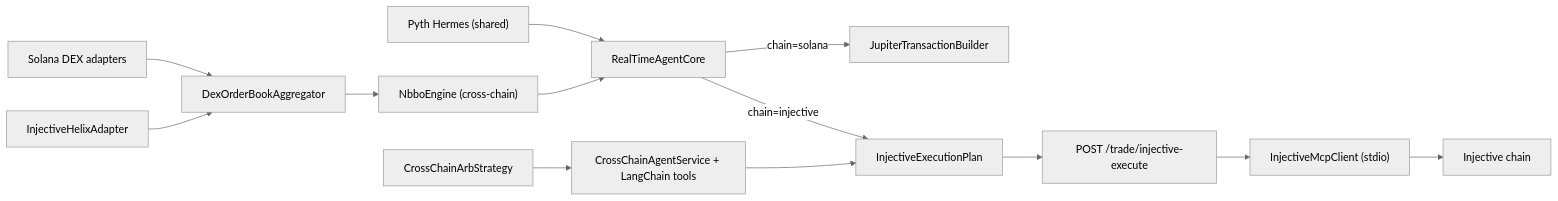
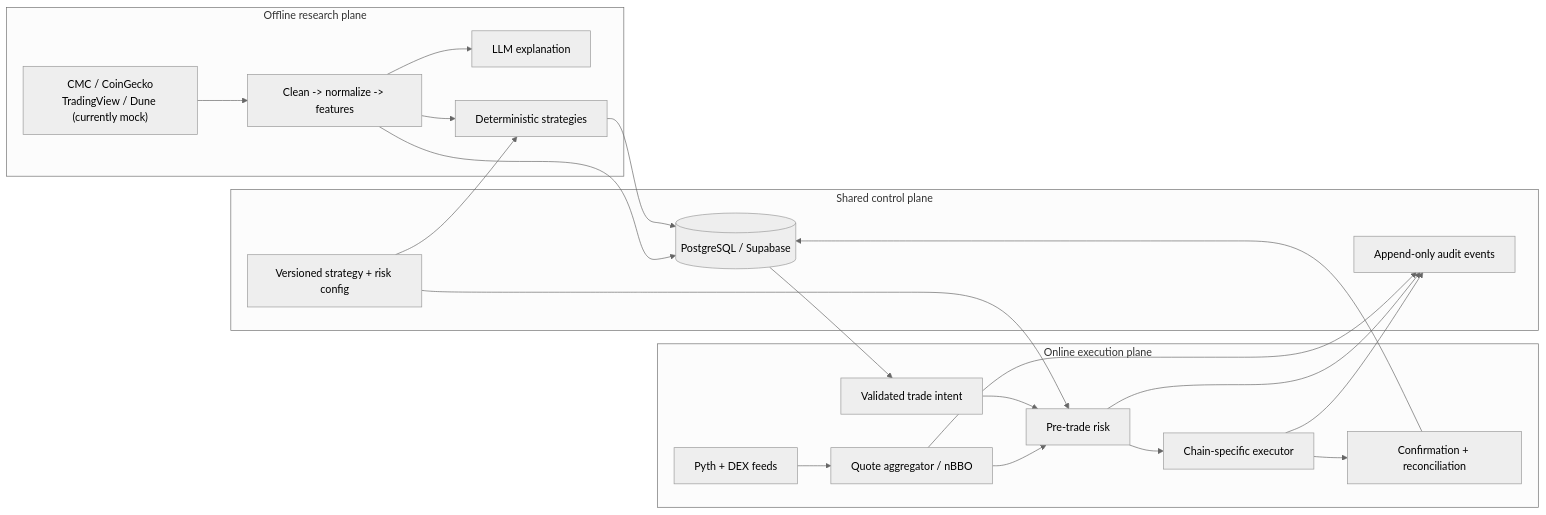
Before and after one commit to iis-MarkKuang/sol_trade_agents: the diagram in docs/ARCHITECTURE.md, drawn with Mermaid (neutral theme). The commit also changed other lines of this file and 11 other files, not shown here.

Commit message:
refactor: clarify architecture and remove duplicate runtime

````diff
--- a/docs/ARCHITECTURE.md
+++ b/docs/ARCHITECTURE.md
@@ -535,15 +49,39 @@
 ```mermaid
 flowchart LR
-    Pyth["Pyth Hermes (shared)"] --> Core["RealTimeAgentCore"]
-    SolAdapters["Solana DEX adapters"] --> Agg["DexOrderBookAggregator"]
-    InjAdapter["InjectiveHelixAdapter"] --> Agg
-    Agg --> NBBO["NbboEngine (cross-chain)"]
-    NBBO --> Core
-    Core -->|"chain=solana"| Jupiter["JupiterTransactionBuilder"]
-    Core -->|"chain=injective"| Plan["InjectiveExecutionPlan"]
-    Plan --> Exec["POST /trade/injective-execute"]
-    Exec --> MCP["InjectiveMcpClient (stdio)"]
-    MCP --> InjChain["Injective chain"]
-    Arb["CrossChainArbStrategy"] --> Agent["CrossChainAgentService + LangChain tools"]
-    Agent --> Plan
+  subgraph Research["Offline research plane"]
+    Sources["CMC / CoinGecko\nTradingView / Dune (currently mock)"]
+    Pipeline["Clean -> normalize -> features"]
+    Analysis["LLM explanation"]
+    Strategy["Deterministic strategies"]
+    Sources --> Pipeline --> Analysis
+    Pipeline --> Strategy
+  end
+
+  subgraph Control["Shared control plane"]
+    Config["Versioned strategy + risk config"]
+    DB[("PostgreSQL / Supabase")]
+    Audit["Append-only audit events"]
+  end
+
+  subgraph Execution["Online execution plane"]
+    Feeds["Pyth + DEX feeds"]
+    Signal["Validated trade intent"]
+    Quote["Quote aggregator / nBBO"]
+    Risk["Pre-trade risk"]
+    Executor["Chain-specific executor"]
+    Reconciler["Confirmation + reconciliation"]
+    Feeds --> Quote
+    Signal --> Risk
+    Quote --> Risk --> Executor --> Reconciler
+  end
+
+  Strategy --> DB
+  DB --> Signal
+  Config --> Strategy
+  Config --> Risk
+  Pipeline --> DB
+  Quote --> Audit
+  Risk --> Audit
+  Executor --> Audit
+  Reconciler --> DB
 ```
````
